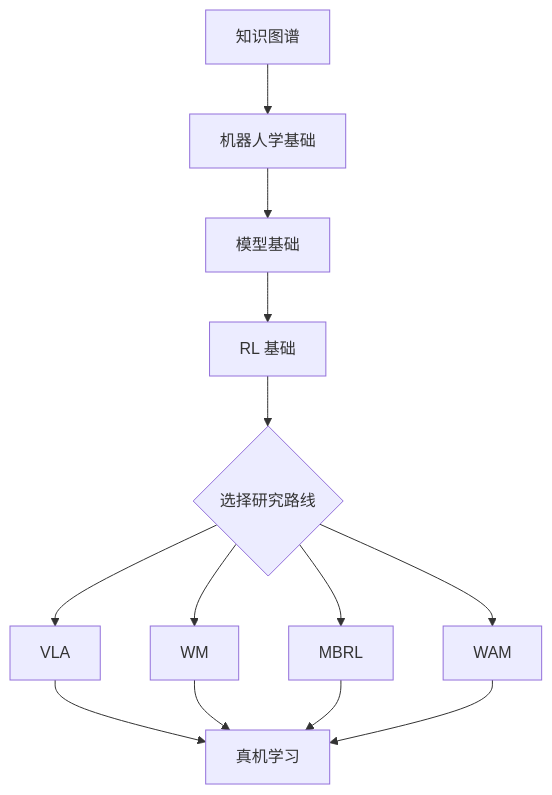
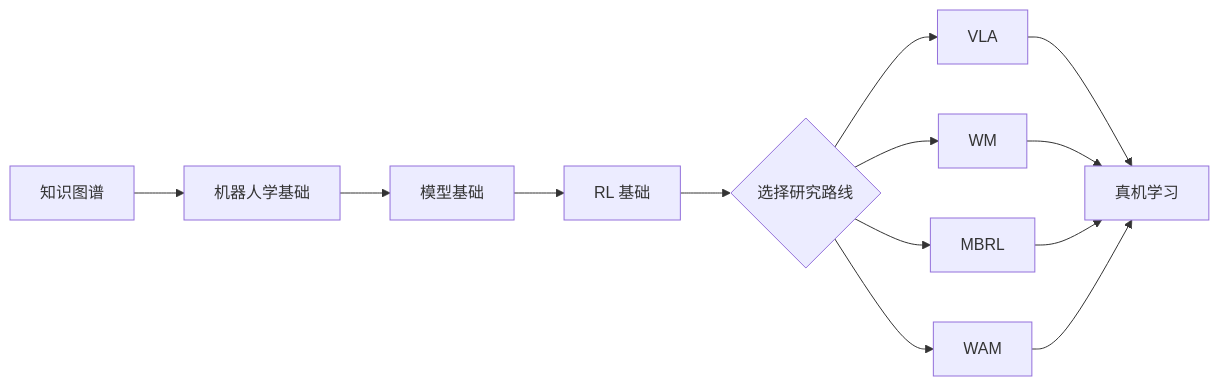
Before and after one commit to ppsdk/Embodied-AI-Start: the first of 2 diagrams in README.md, drawn with Mermaid. The commit also changed other lines of this file, not shown here.

````diff
--- a/README.md
+++ b/README.md
@@ -22,15 +22,15 @@
 ```mermaid
-flowchart TD
+flowchart LR
     K["知识图谱"] --> R["机器人学基础"]
     R --> M["模型基础"]
     M --> RL["RL 基础"]
     RL --> CHOOSE{"选择研究路线"}
     CHOOSE --> VLA["VLA"]
     CHOOSE --> WM["WM"]
     CHOOSE --> MBRL["MBRL"]
     CHOOSE --> WAM["WAM"]
     VLA --> REAL["真机学习"]
     WM --> REAL
     MBRL --> REAL
     WAM --> REAL
 ```
````
